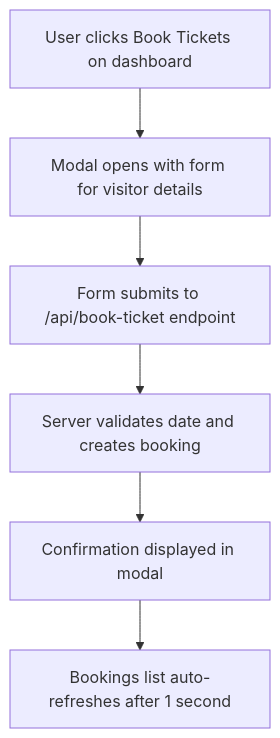
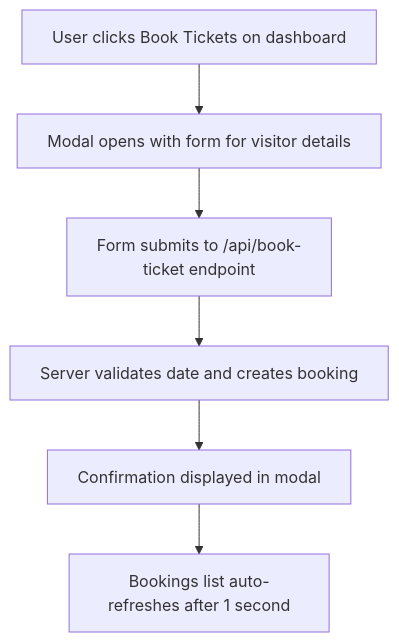
The seventh of 15 diagrams in STEP_BY_STEP_GUIDE.md (chaitanyasaiyerra/Musuem-chatbot), drawn with Mermaid before and after one commit. The commit also changed other lines of this file and 1 other file, not shown here.

Commit message:
docs: replace spaces with nbsp in mermaid diagrams to force single-line rendering

````diff
--- a/STEP_BY_STEP_GUIDE.md
+++ b/STEP_BY_STEP_GUIDE.md
@@ -118,8 +118,8 @@
 ```mermaid
 graph TD
-    A["User clicks Book Tickets on dashboard"] --> B["Modal opens with form for visitor details"]
-    B --> C["Form submits to /api/book-ticket endpoint"]
-    C --> D["Server validates date and creates booking"]
-    D --> E["Confirmation displayed in modal"]
-    E --> F["Bookings list auto-refreshes after 1 second"]
+    A["User&nbsp;clicks&nbsp;Book&nbsp;Tickets&nbsp;on&nbsp;dashboard"] --> B["Modal&nbsp;opens&nbsp;with&nbsp;form&nbsp;for&nbsp;visitor&nbsp;details"]
+    B --> C["Form&nbsp;submits&nbsp;to&nbsp;/api/book-ticket&nbsp;endpoint"]
+    C --> D["Server&nbsp;validates&nbsp;date&nbsp;and&nbsp;creates&nbsp;booking"]
+    D --> E["Confirmation&nbsp;displayed&nbsp;in&nbsp;modal"]
+    E --> F["Bookings&nbsp;list&nbsp;auto-refreshes&nbsp;after&nbsp;1&nbsp;second"]
 ```
````
